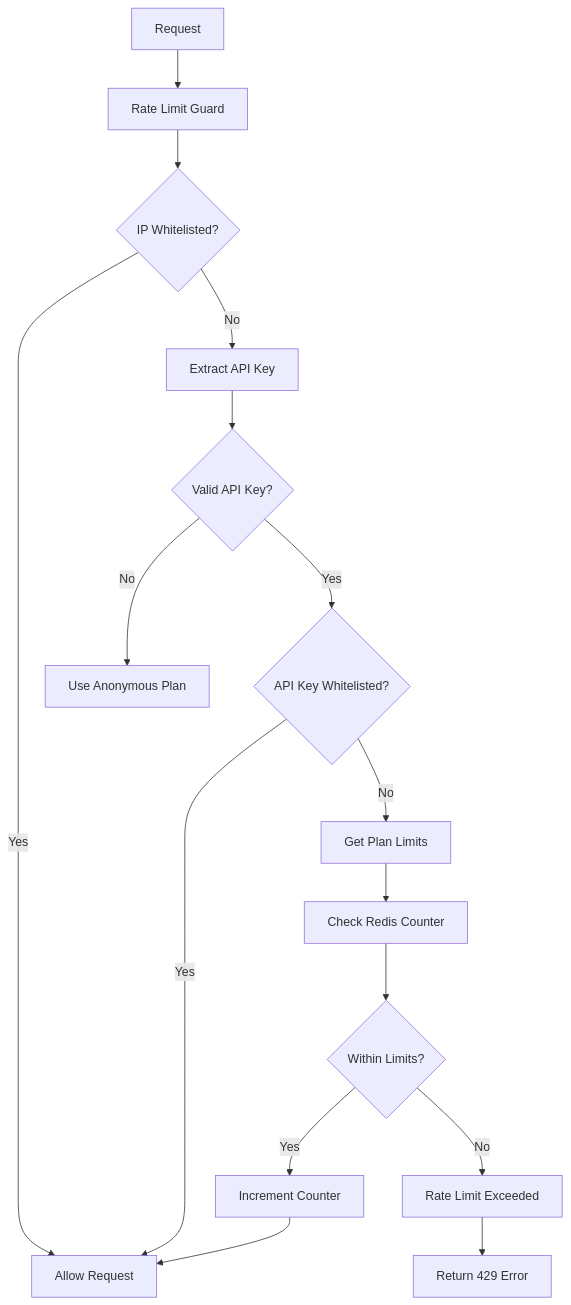
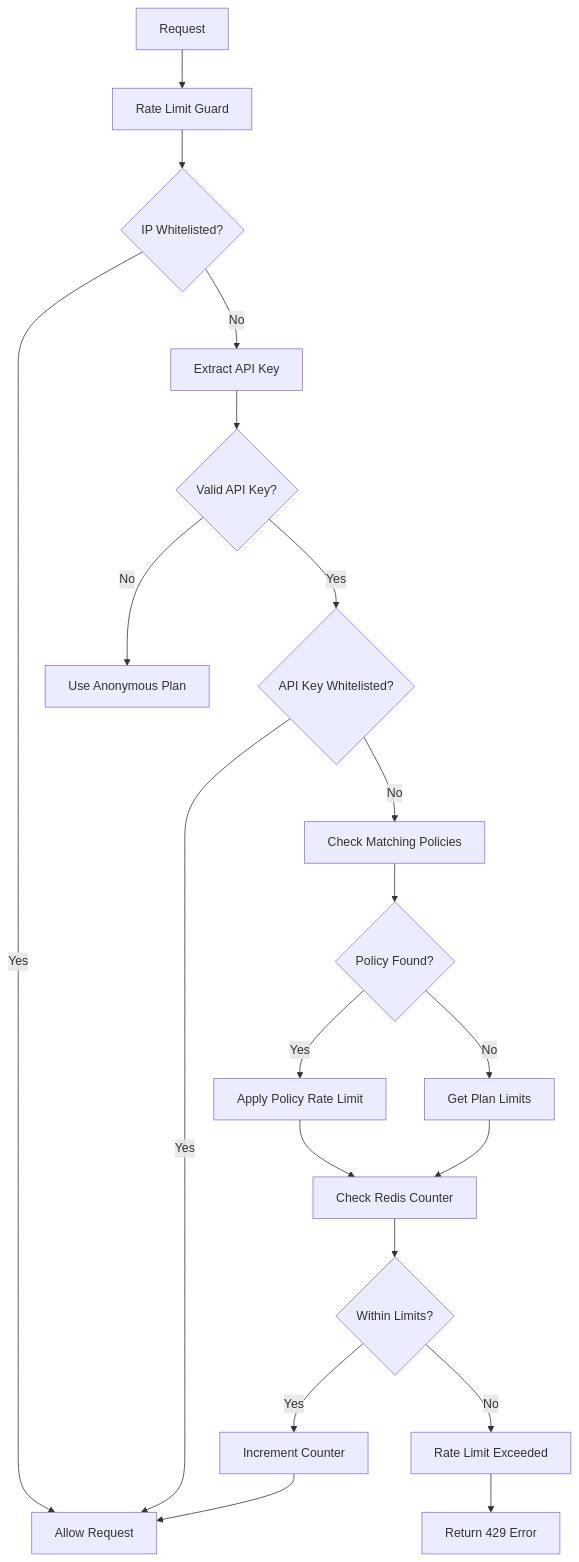
The diagram in src/rate-limit/README.md (harugeniee/nest.js-postgresql), drawn with Mermaid before and after one commit. The commit also changed other lines of this file and 12 other files, not shown here.

First line of the commit message:
Implement Rate Limit Policy Management

````diff
--- a/src/rate-limit/README.md
+++ b/src/rate-limit/README.md
@@ -217,18 +217,22 @@
 ```mermaid
 graph TD
     A[Request] --> B[Rate Limit Guard]
     B --> C{IP Whitelisted?}
     C -->|Yes| D[Allow Request]
     C -->|No| E[Extract API Key]
     E --> F{Valid API Key?}
     F -->|No| G[Use Anonymous Plan]
     F -->|Yes| H{API Key Whitelisted?}
     H -->|Yes| D
-    H -->|No| I[Get Plan Limits]
-    I --> J[Check Redis Counter]
-    J --> K{Within Limits?}
-    K -->|Yes| L[Increment Counter]
-    K -->|No| M[Rate Limit Exceeded]
-    L --> D
-    M --> N[Return 429 Error]
+    H -->|No| I[Check Matching Policies]
+    I --> J{Policy Found?}
+    J -->|Yes| K[Apply Policy Rate Limit]
+    J -->|No| L[Get Plan Limits]
+    L --> M[Check Redis Counter]
+    K --> M
+    M --> N{Within Limits?}
+    N -->|Yes| O[Increment Counter]
+    N -->|No| P[Rate Limit Exceeded]
+    O --> D
+    P --> Q[Return 429 Error]
 ```
````
